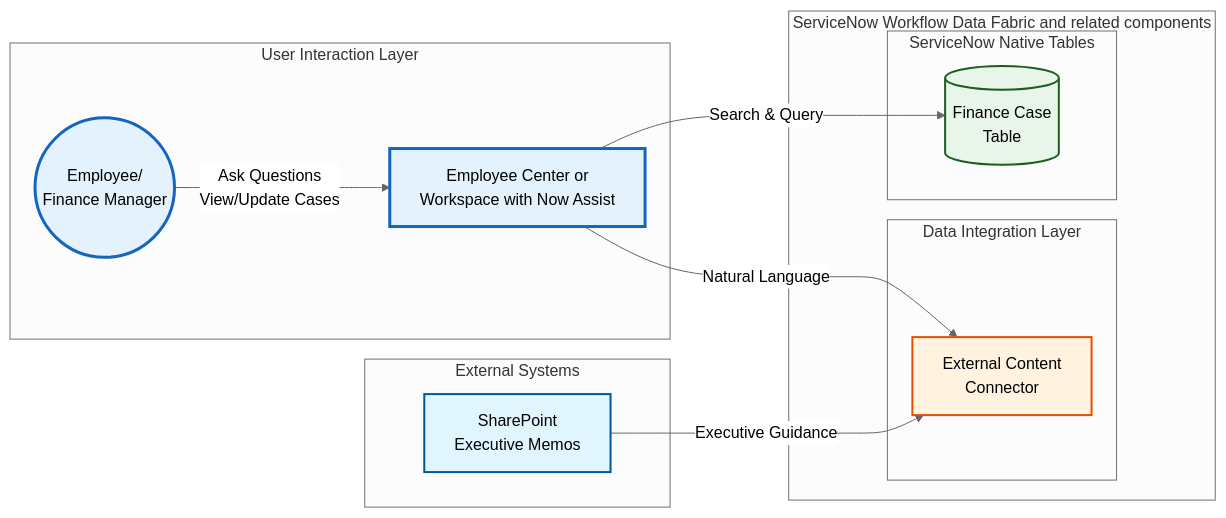
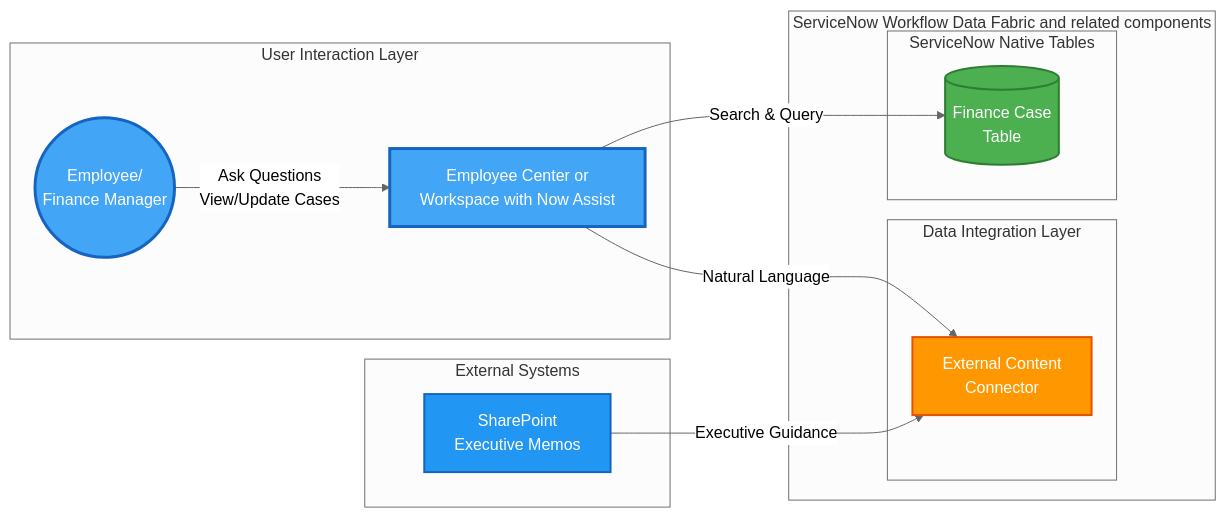
Before and after one commit to leojacinto/WorkflowDataFabric-TypeA: the diagram in hungry-for-more/lab-exercise-external-content-connector.md, drawn with Mermaid (neutral theme). The commit also changed 6 other files, not shown here.

Commit message:
Update all mermaid charts to vibrant Material Design palette for light+dark mode contrast

````diff
--- a/hungry-for-more/lab-exercise-external-content-connector.md
+++ b/hungry-for-more/lab-exercise-external-content-connector.md
@@ -17,41 +17,41 @@
 ```mermaid
 graph LR
     subgraph "User Interaction Layer"
         Employee((Employee/<br/>Finance Manager))
         EC[Employee Center or<br/> Workspace with Now Assist]
     end
 
     subgraph "External Systems"
         SharePoint[SharePoint<br/>Executive Memos]
     end
 
     subgraph "ServiceNow Workflow Data Fabric and related components"
         subgraph "Data Integration Layer"
             ExtContent[External Content<br/>Connector]
         end
 
         subgraph "ServiceNow Native Tables"
             FinCase[(Finance Case<br/>Table)]
         end
     end
 
     %% Data Flow Connections
     SharePoint -->|Executive Guidance| ExtContent
 
     %% User Interaction Connections
     Employee -->|Ask Questions<br/>View/Update Cases| EC
     EC -->|Search & Query| FinCase
     EC -->|Natural Language| ExtContent
 
     %% Styling
-    classDef external fill:#e1f5ff,stroke:#01579b,stroke-width:2px
-    classDef integration fill:#fff3e0,stroke:#e65100,stroke-width:2px
-    classDef native fill:#e8f5e9,stroke:#1b5e20,stroke-width:2px
-    classDef ai fill:#fff9c4,stroke:#f57f17,stroke-width:2px
-    classDef user fill:#e3f2fd,stroke:#1565c0,stroke-width:3px
+    classDef external fill:#2196F3,stroke:#1565C0,stroke-width:2px,color:#fff
+    classDef integration fill:#FF9800,stroke:#E65100,stroke-width:2px,color:#fff
+    classDef native fill:#4CAF50,stroke:#2E7D32,stroke-width:2px,color:#fff
+    classDef ai fill:#FFB300,stroke:#F57F17,stroke-width:2px,color:#1a1a1a
+    classDef user fill:#42A5F5,stroke:#1565C0,stroke-width:3px,color:#fff
 
     class SharePoint external
     class ExtContent integration
     class FinCase native
     class Employee,EC user
 ```
````
